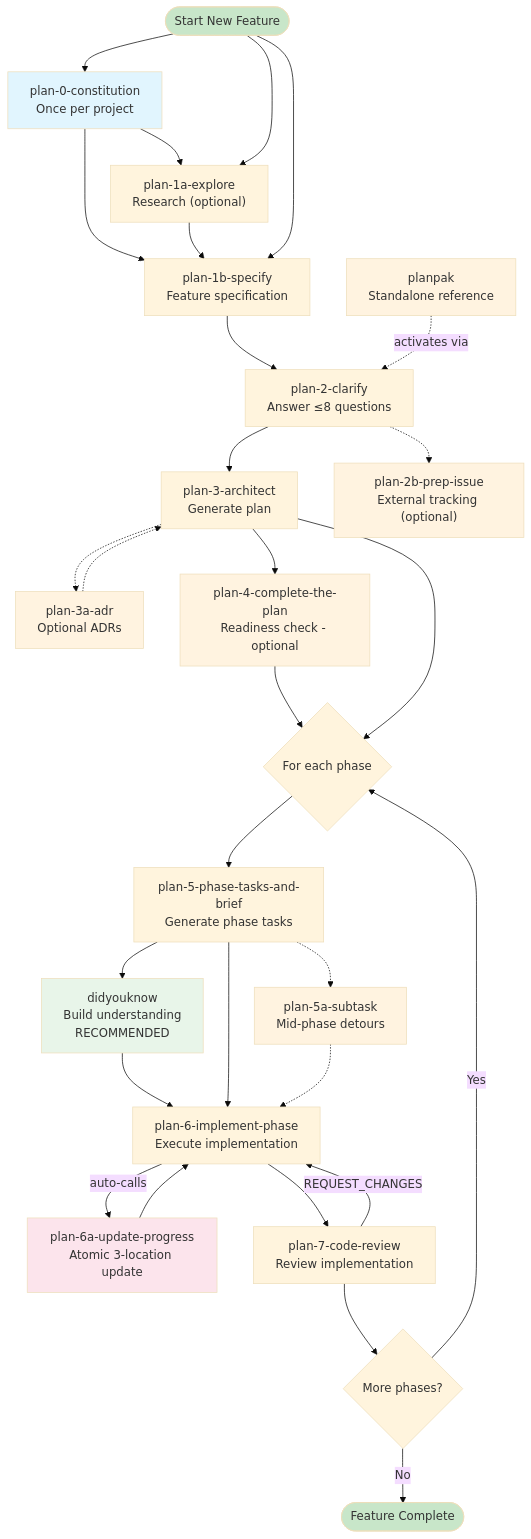
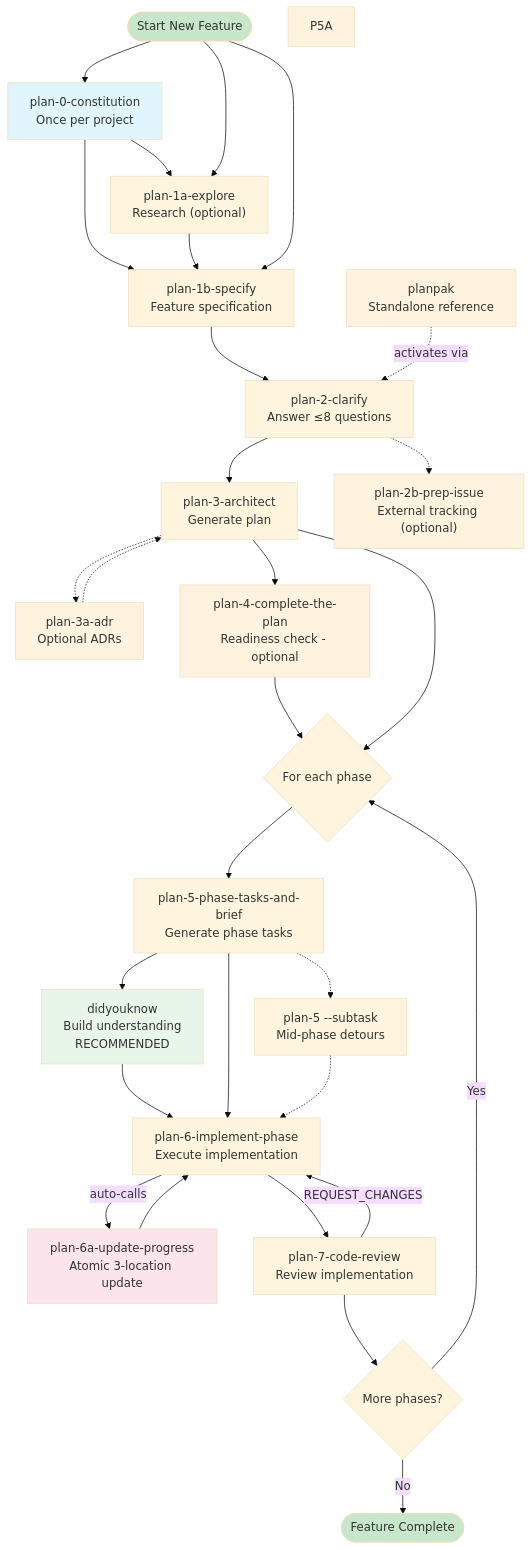
Before and after one commit to jakkaj/tools: the second of 8 diagrams in agents/commands/README.md, drawn with Mermaid (base theme). The commit also changed other lines of this file and 19 other files, not shown here.

First line of the commit message:
feat: Merge plan-5a into plan-5 --subtask and add plan command cleanup

````diff
--- a/agents/commands/README.md
+++ b/agents/commands/README.md
@@ -87,54 +87,54 @@
 ```mermaid
 graph TD
     Start([Start New Feature]) --> P0["plan-0-constitution<br/>Once per project"]
     P0 --> P1A["plan-1a-explore<br/>Research (optional)"]
     P0 --> P1B["plan-1b-specify<br/>Feature specification"]
     P1A --> P1B
     Start --> P1A
     Start --> P1B
 
     P1B --> P2["plan-2-clarify<br/>Answer ≤8 questions"]
     P2 --> P3["plan-3-architect<br/>Generate plan"]
 
     P2 -.-> P2B["plan-2b-prep-issue<br/>External tracking (optional)"]
     P3 -.-> P3A["plan-3a-adr<br/>Optional ADRs"]
     P3A -.-> P3
 
     P3 --> P4["plan-4-complete-the-plan<br/>Readiness check - optional"]
     P4 --> PhaseLoop{For each phase}
     P3 --> PhaseLoop
 
     PhaseLoop --> P5["plan-5-phase-tasks-and-brief<br/>Generate phase tasks"]
 
     P5 --> DYK["didyouknow<br/>Build understanding<br/>RECOMMENDED"]
     DYK --> P6
     P5 --> P6["plan-6-implement-phase<br/>Execute implementation"]
 
-    P5 -.-> P5A["plan-5a-subtask<br/>Mid-phase detours"]
-    P5A -.-> P6
+    P5 -.-> P5ST["plan-5 --subtask<br/>Mid-phase detours"]
+    P5ST -.-> P6
 
     P6 -->|auto-calls| P6A["plan-6a-update-progress<br/>Atomic 3-location update"]
     P6A --> P6
 
     P6 --> P7["plan-7-code-review<br/>Review implementation"]
 
     P7 --> NextPhase{More phases?}
     NextPhase -->|Yes| PhaseLoop
     NextPhase -->|No| End([Feature Complete])
 
     P7 -->|REQUEST_CHANGES| P6
 
     PAK["planpak<br/>Standalone reference"]
     PAK -.->|"activates via"| P2
 
     style PAK fill:#fff3e0
     style P0 fill:#e1f5fe
     style P2B fill:#fff3e0
     style P3A fill:#fff3e0
     style P4 fill:#fff3e0
     style P5A fill:#fff3e0
     style DYK fill:#e8f5e9
     style P6A fill:#fce4ec
     style Start fill:#c8e6c9
     style End fill:#c8e6c9
 ```
````
